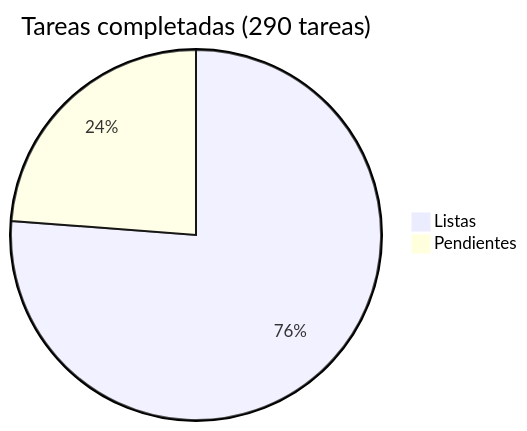
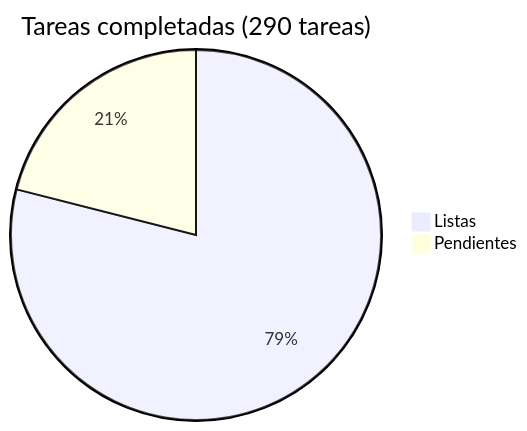
Before and after one commit to araguaney-lat/araguaney: the diagram in docs/roadmap/README.md, drawn with Mermaid. The commit also changed other lines of this file and 24 other files, not shown here.

````diff
--- a/docs/roadmap/README.md
+++ b/docs/roadmap/README.md
@@ -5,5 +5,5 @@
 ```mermaid
 pie title Tareas completadas (290 tareas)
-    "Listas" : 221
-    "Pendientes" : 69
+    "Listas" : 229
+    "Pendientes" : 61
 ```
````
